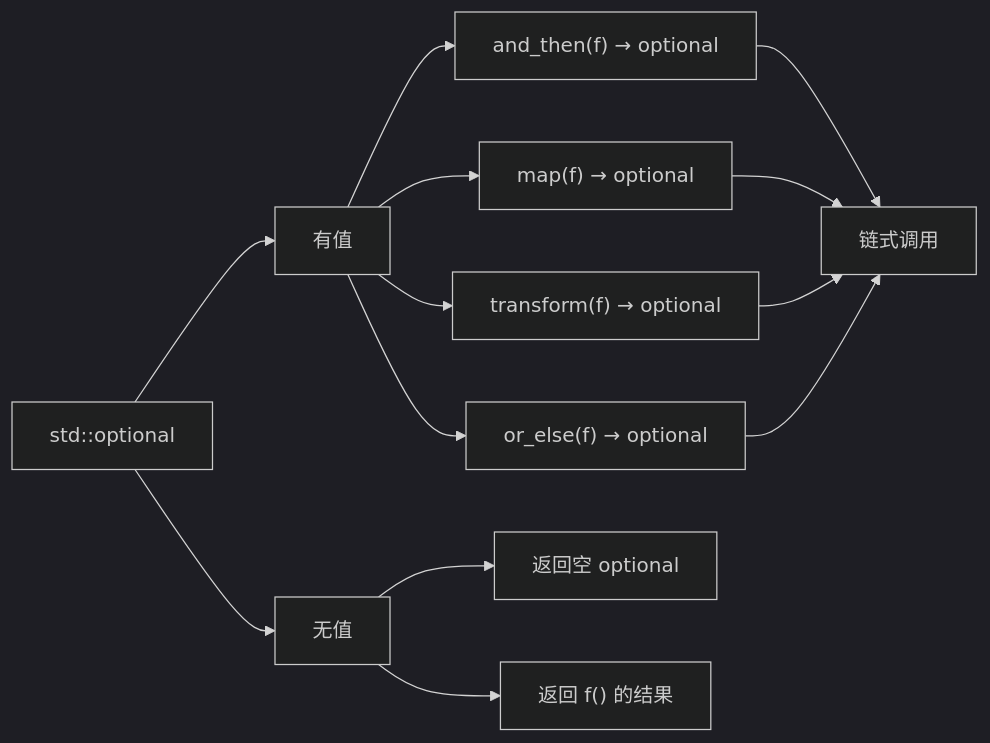
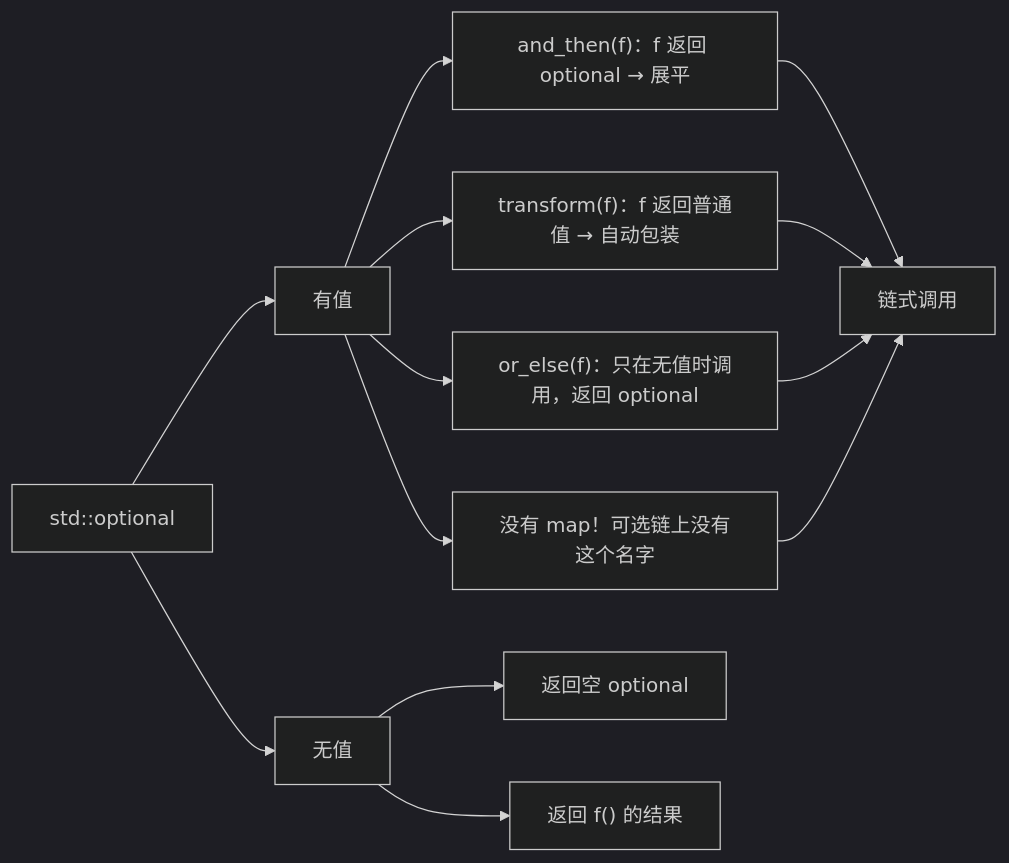
The seventh of 18 diagrams in content/Cpp/basic/Chapter-28-CPP23-Library-Features.md (before80/prgms), drawn with Mermaid (dark theme) before and after one commit. The commit also changed other lines of this file and 4787 other files, not shown here.

````diff
--- a/content/Cpp/basic/Chapter-28-CPP23-Library-Features.md
+++ b/content/Cpp/basic/Chapter-28-CPP23-Library-Features.md
@@ -665,18 +670,18 @@
 ```mermaid
 flowchart LR
     A["std::optional<T>"] --> B["有值"]
     A --> C["无值"]
     
-    B --> D["and_then(f) → optional<U>"]
-    B --> E["map(f) → optional<U>"]
-    B --> F["transform(f) → optional<void>"]
-    B --> G["or_else(f) → optional<T>"]
+    B --> D["and_then(f)：f 返回 optional → 展平"]
+    B --> E["transform(f)：f 返回普通值 → 自动包装"]
+    B --> F["or_else(f)：只在无值时调用，返回 optional"]
+    B --> G["没有 map！可选链上没有这个名字"]
     
     C --> H["返回空 optional"]
     C --> I["返回 f() 的结果"]
     
     D --> J["链式调用"]
     E --> J
     F --> J
     G --> J
 ```
````
